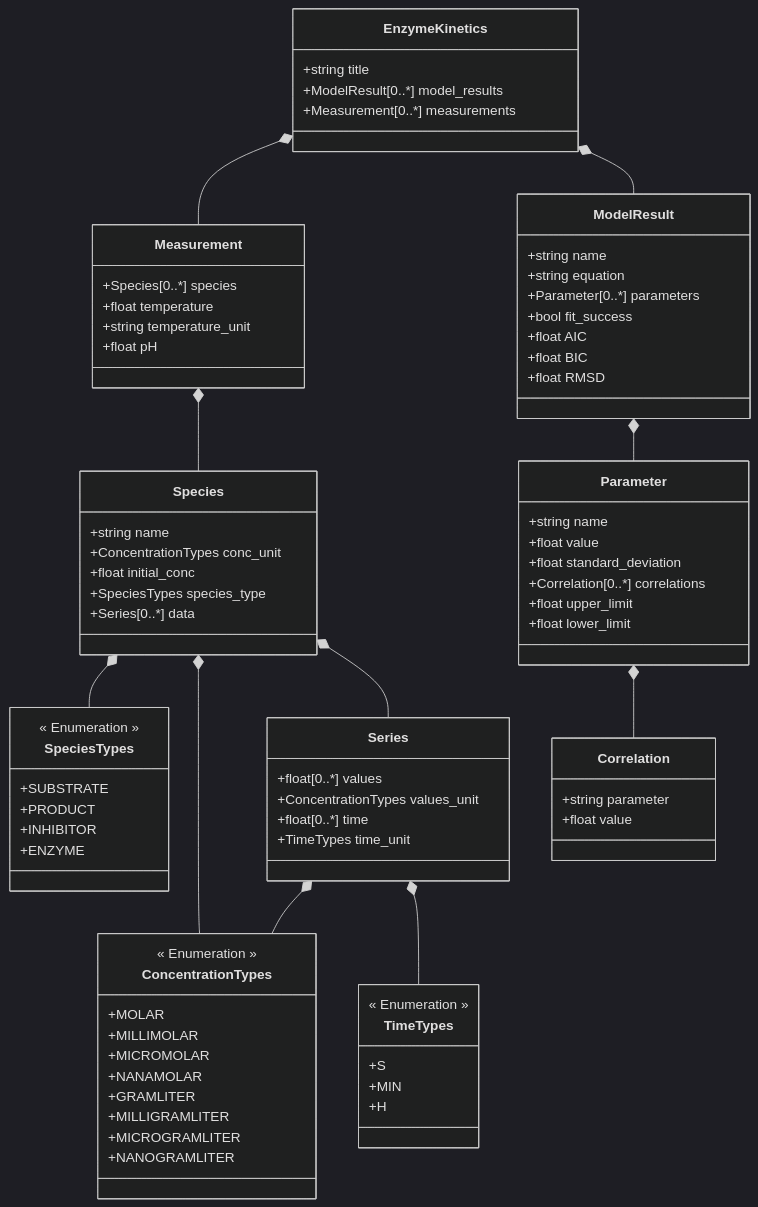
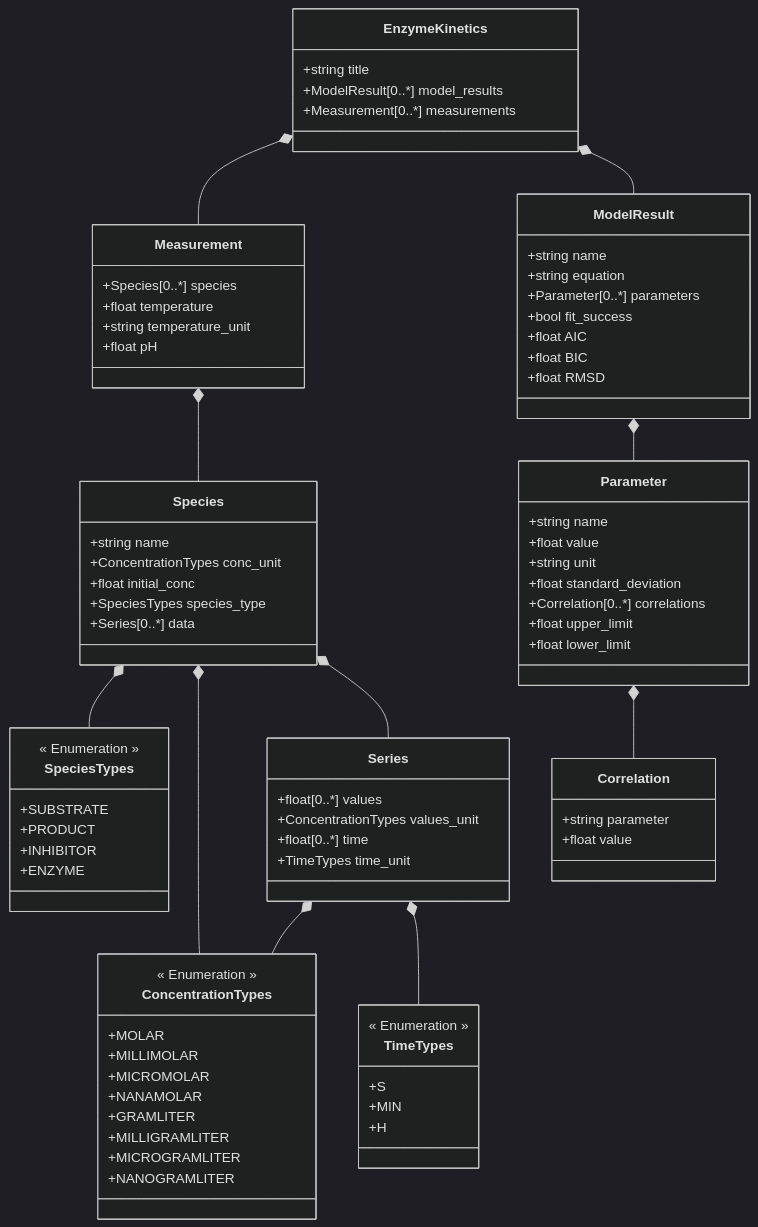
The diagram in EnzymePynetics/schemes/enzymepynetics_schema.md (FAIRChemistry/EnzymePynetics), drawn with Mermaid (dark theme) before and after one commit. The commit also changed 8 other files, not shown here.

```diff
--- a/EnzymePynetics/schemes/enzymepynetics_schema.md
+++ b/EnzymePynetics/schemes/enzymepynetics_schema.md
@@ -45,6 +45,7 @@
     class Parameter {
         +string name
         +float value
+        +string unit
         +float standard_deviation
         +Correlation[0..*] correlations
         +float upper_limit
```
